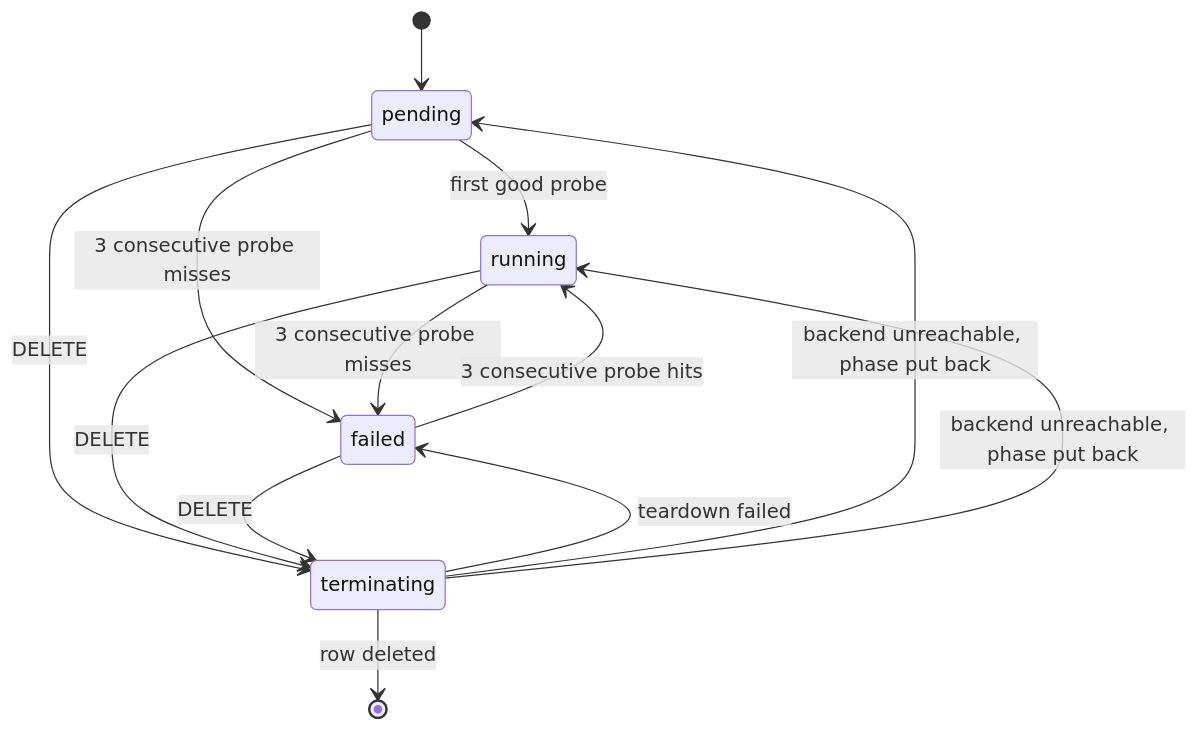
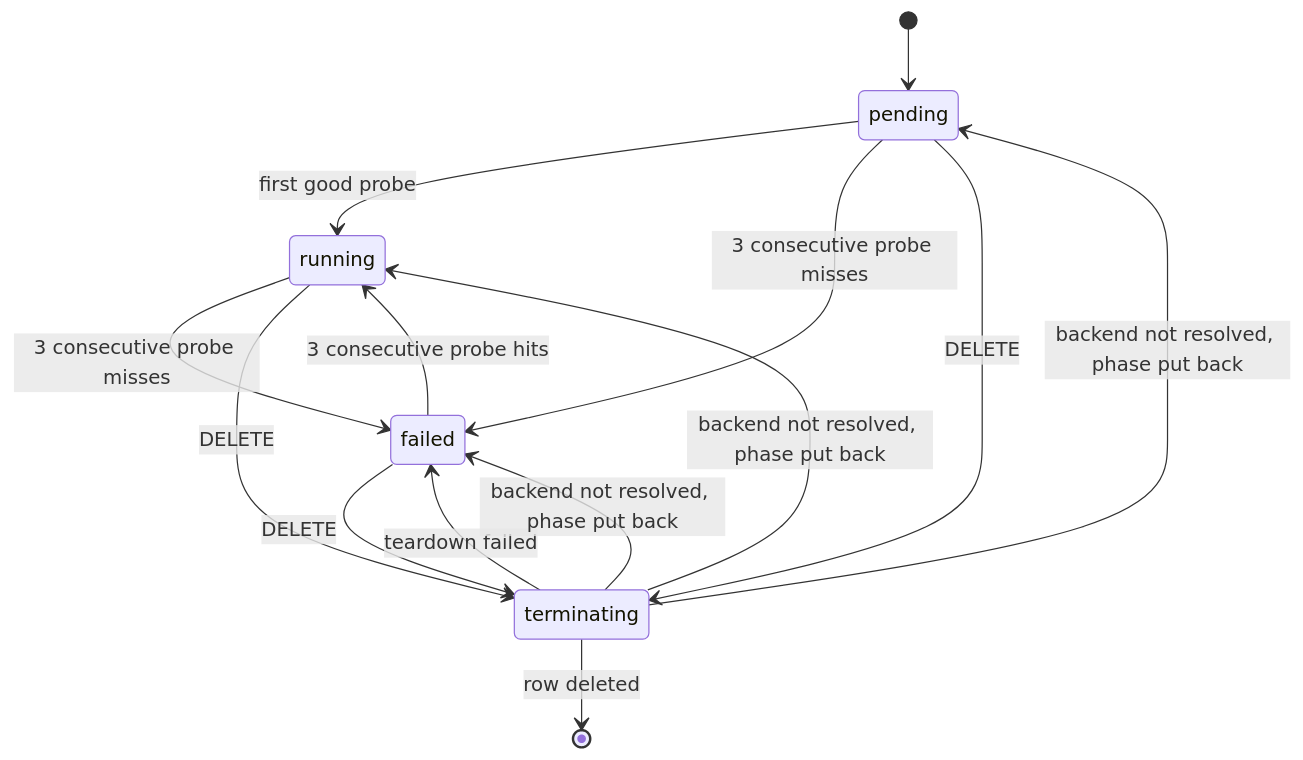
Before and after one commit to primerhq/primer: the second of 3 diagrams in docs/dev/subsystems/workspaces.md, drawn with Mermaid. The commit also changed other lines of this file and 6 other files, not shown here.

First line of the commit message:
docs(workspaces): what the console shows of the phase, and when a failed delete puts it back

````diff
--- a/docs/dev/subsystems/workspaces.md
+++ b/docs/dev/subsystems/workspaces.md
@@ -75,15 +75,16 @@
 ```mermaid
 stateDiagram-v2
     [*] --> pending
     pending --> running : first good probe
     pending --> failed : 3 consecutive probe misses
     running --> failed : 3 consecutive probe misses
     failed --> running : 3 consecutive probe hits
     pending --> terminating : DELETE
     running --> terminating : DELETE
     failed --> terminating : DELETE
     terminating --> [*] : row deleted
     terminating --> failed : teardown failed
-    terminating --> pending : backend unreachable, phase put back
-    terminating --> running : backend unreachable, phase put back
+    terminating --> pending : backend not resolved, phase put back
+    terminating --> running : backend not resolved, phase put back
+    terminating --> failed : backend not resolved, phase put back
 ```
````
